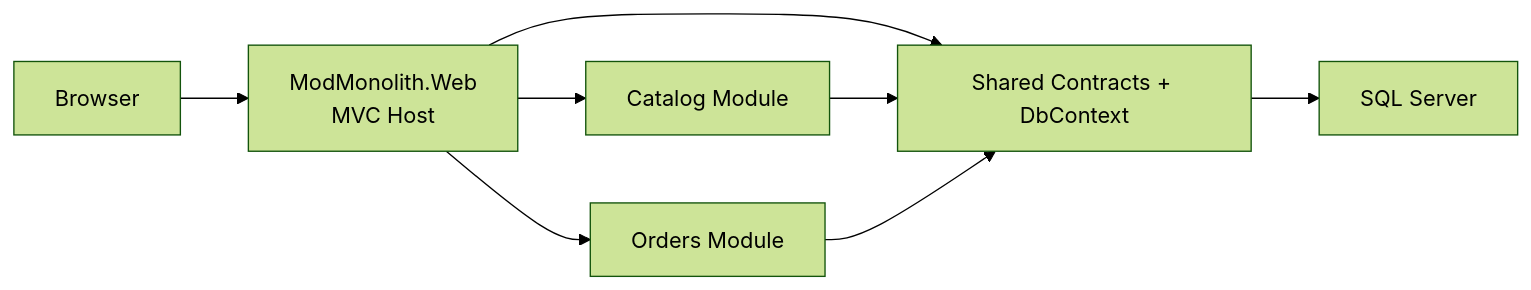
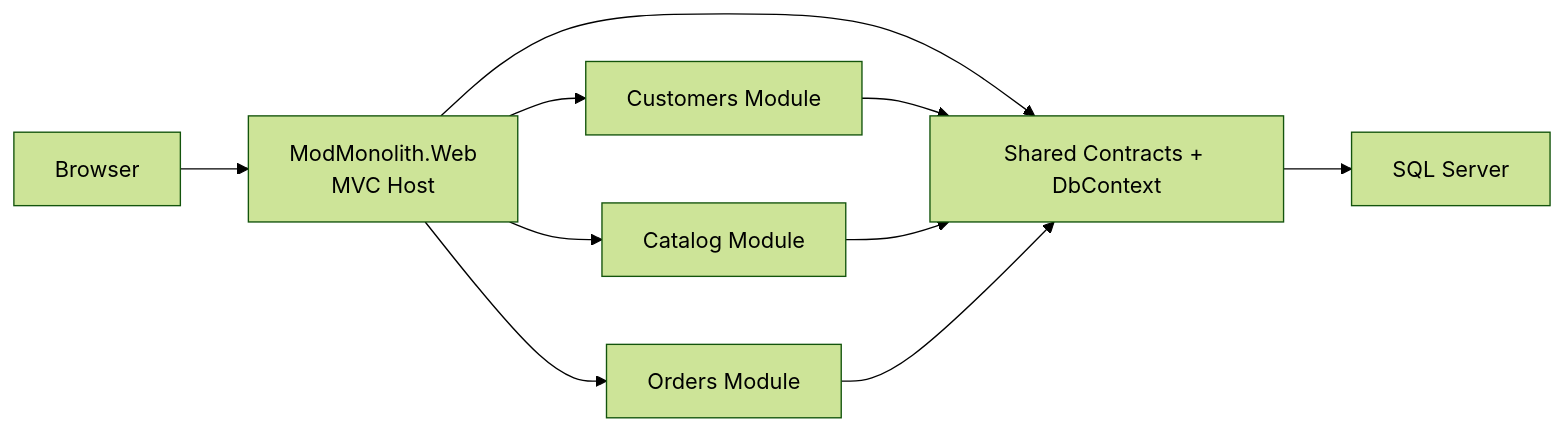
One commit to DarrenPratt/ModularMonolith changed the diagram in README.md. Above: the diagram before and after it, drawn with Mermaid (forest theme). The commit also changed other lines of this file and 17 other files, not shown here.

First line of the commit message:
Add Customers module with API, UI, and seeding support

````diff
--- a/README.md
+++ b/README.md
@@ -7,17 +7,20 @@
 ```mermaid
 flowchart LR
     Browser["Browser"]
     Web["ModMonolith.Web<br/>MVC Host"]
+    Customers["Customers Module"]
     Catalog["Catalog Module"]
     Orders["Orders Module"]
     Shared["Shared Contracts + DbContext"]
     Sql["SQL Server"]
 
     Browser --> Web
+    Web --> Customers
     Web --> Catalog
     Web --> Orders
     Web --> Shared
+    Customers --> Shared
     Catalog --> Shared
     Orders --> Shared
     Shared --> Sql
 ```
````
